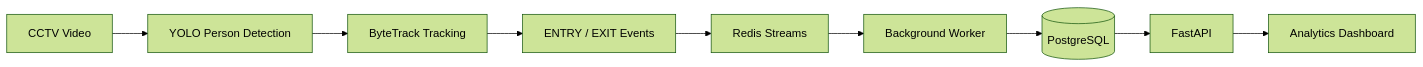
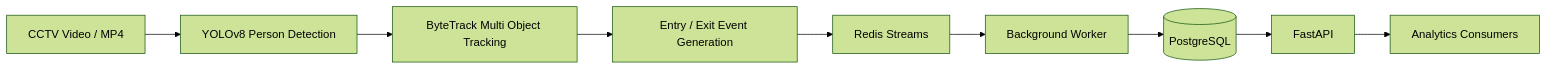
The diagram in README.md (MathJAY10/purplle), drawn with Mermaid (forest theme) before and after one commit. The commit also changed other lines of this file, not shown here.

````diff
--- a/README.md
+++ b/README.md
@@ -66,22 +22,22 @@
 ```mermaid
 flowchart LR
 
-    Video[CCTV Video]
-    YOLO[YOLO Person Detection]
-    Track[ByteTrack Tracking]
-    Event[ENTRY / EXIT Events]
+    Video[CCTV Video / MP4]
+    YOLO[YOLOv8 Person Detection]
+    Track[ByteTrack Multi Object Tracking]
+    Event[Entry / Exit Event Generation]
     Redis[Redis Streams]
     Worker[Background Worker]
     DB[(PostgreSQL)]
     API[FastAPI]
-    Dashboard[Analytics Dashboard]
+    Dashboard[Analytics Consumers]
 
     Video --> YOLO
     YOLO --> Track
     Track --> Event
     Event --> Redis
     Redis --> Worker
     Worker --> DB
     DB --> API
     API --> Dashboard
 ```
````
